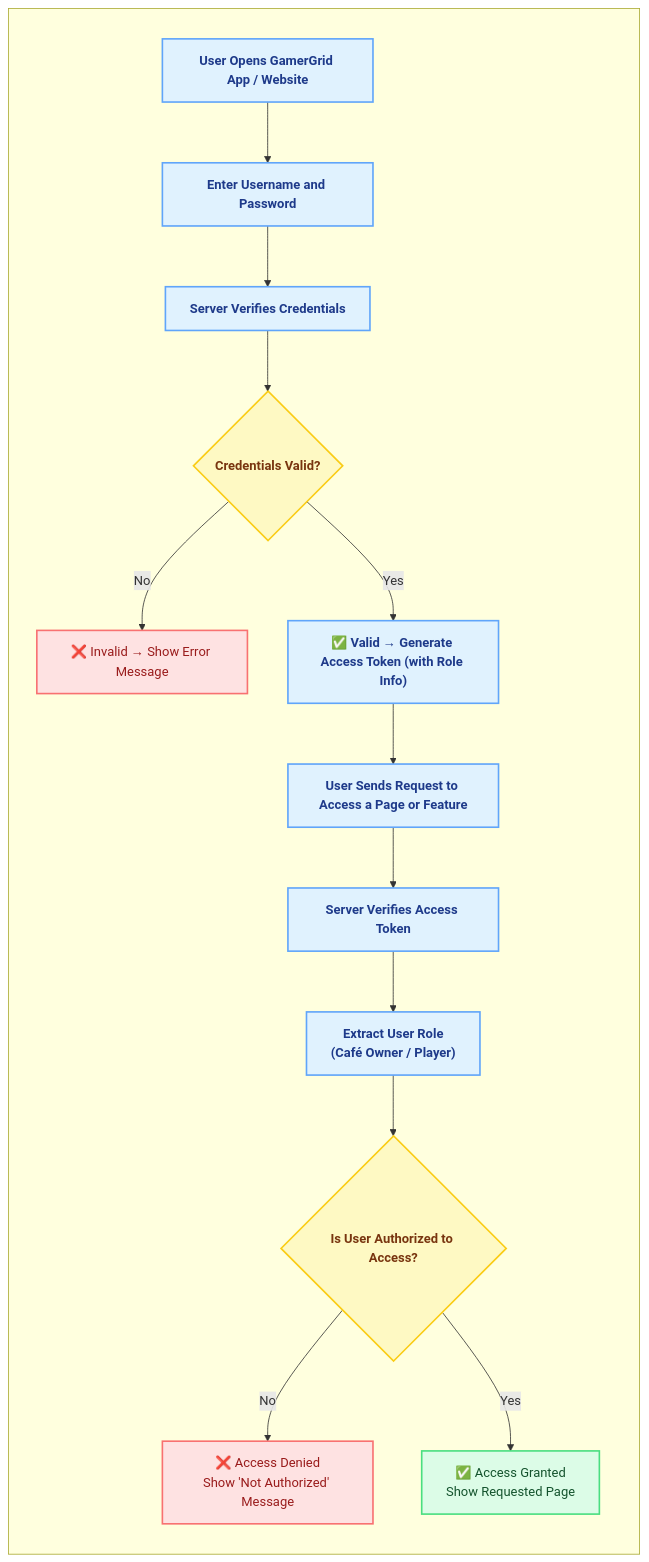
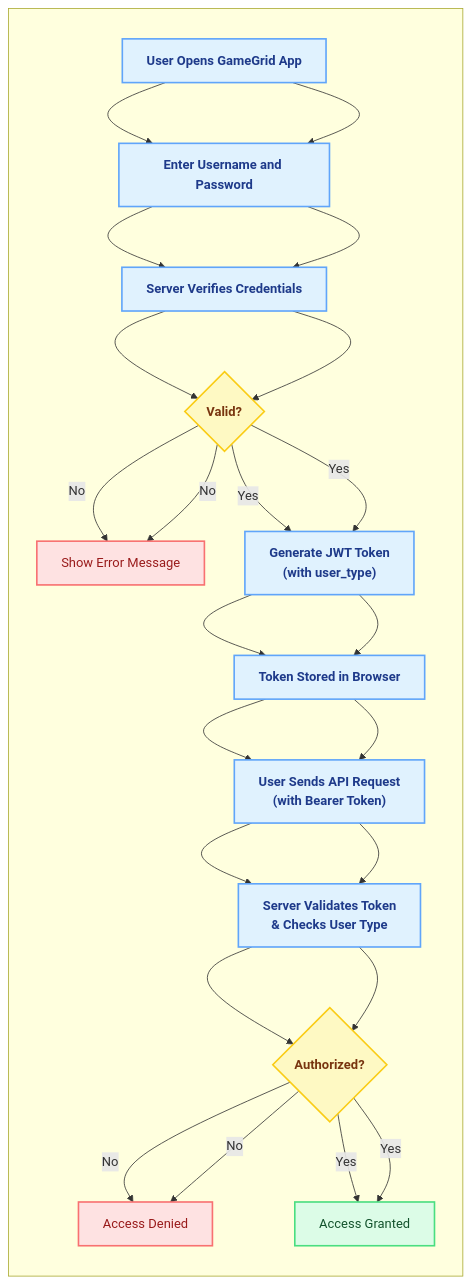
Before and after one commit to yuvrajsingh-Gkmit/gamegrid-docs: the second of 8 diagrams in docs/index.md, drawn with Mermaid. The commit also changed other lines of this file and 1 other file, not shown here.

````diff
--- a/docs/index.md
+++ b/docs/index.md
@@ -124,43 +141,47 @@
 ```mermaid
 flowchart TB
     %% === AUTHENTICATION & AUTHORIZATION FLOW ===
     subgraph Auth_Process [" "]
         direction TB
 
-        A1["User Opens GamerGrid App / Website"]
+        A1["User Opens GameGrid App"]
         A2["Enter Username and Password"]
         A3["Server Verifies Credentials"]
-        A4{"Credentials Valid?"}
-        A5["❌ Invalid → Show Error Message"]
-        A6["✅ Valid → Generate Access Token (with Role Info)"]
-        A7["User Sends Request to Access a Page or Feature"]
-        A8["Server Verifies Access Token"]
-        A9["Extract User Role<br>(Café Owner / Player)"]
-        A10{"Is User Authorized to Access?"}
-        A11["❌ Access Denied<br>Show 'Not Authorized' Message"]
-        A12["✅ Access Granted<br>Show Requested Page"]
+        A4{"Valid?"}
+        A5["Show Error Message"]
+        A6["Generate JWT Token<br>(with user_type)"]
+        A7["Token Stored in Browser"]
+        A8["User Sends API Request<br>(with Bearer Token)"]
+        A9["Server Validates Token<br>& Checks User Type"]
+        A10{"Authorized?"}
+        A11["Access Denied"]
+        A12["Access Granted"]
+
+        A1 --> A2 --> A3 --> A4
+        A4 -->|No| A5
+        A4 -->|Yes| A6 --> A7 --> A8 --> A9 --> A10
+        A10 -->|No| A11
+        A10 -->|Yes| A12
     end
 
     %% === COLOR THEMES ===
     classDef authStep fill:#E0F2FE, color:#1E3A8A, stroke:#60A5FA, stroke-width:2px, font-weight:bold, border-radius:10px
     classDef decision fill:#FEF9C3, color:#78350F, stroke:#FACC15, stroke-width:2px, font-weight:bold, border-radius:8px
     classDef error fill:#FEE2E2, color:#991B1B, stroke:#F87171, stroke-width:2px, border-radius:8px
     classDef success fill:#DCFCE7, color:#14532D, stroke:#4ADE80, stroke-width:2px, border-radius:8px
 
     %% === APPLYING STYLES ===
-    class A1,A2,A3 authStep
+    class A1,A2,A3,A6,A7,A8,A9 authStep
     class A4,A10 decision
-    class A5 error
-    class A6,A7,A8,A9 authStep
-    class A11 error
+    class A5,A11 error
     class A12 success
 
     %% === FLOW CONNECTIONS ===
     A1 --> A2 --> A3 --> A4
     A4 -- No --> A5
     A4 -- Yes --> A6 --> A7 --> A8 --> A9 --> A10
     A10 -- No --> A11
     A10 -- Yes --> A12
 
 
 ```
````
